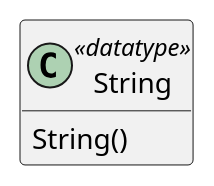
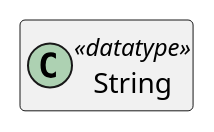
One commit to sandflow/otio-core-specification changed diagram 27 of 32 in src/main/md/otio-core.md. Above: the diagram before and after it, drawn with PlantUML. The commit also changed other lines of this file, not shown here.

````diff
--- a/src/main/md/otio-core.md
+++ b/src/main/md/otio-core.md
@@ -1690,11 +1688,9 @@
 ```puml
 @startuml
 hide empty members
 skinparam classAttributeIconSize 0
 
-class String <<datatype>> {
-  String()
-}
+class String <<datatype>>
 
 @enduml
 ```
````
